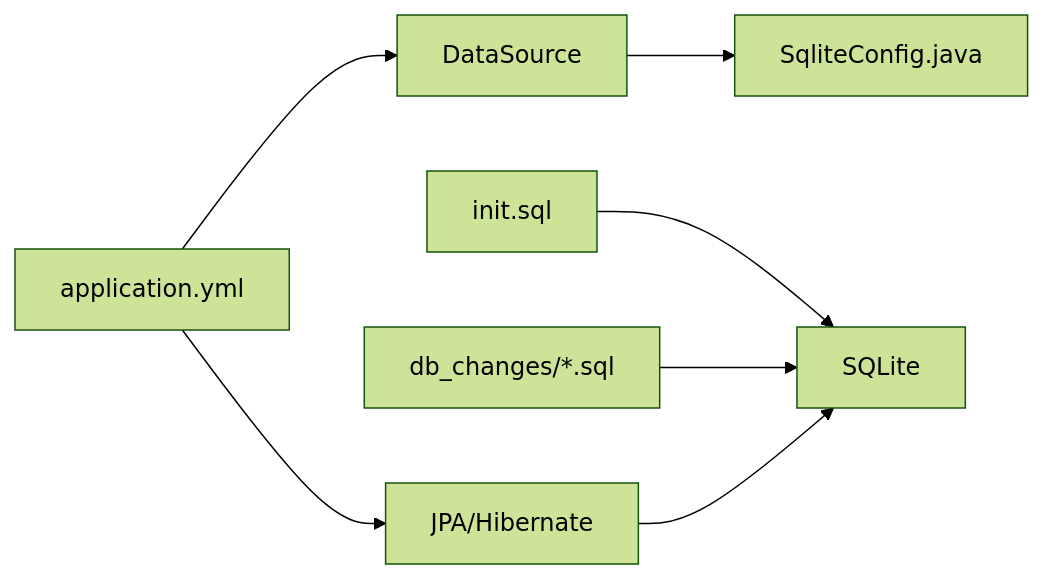
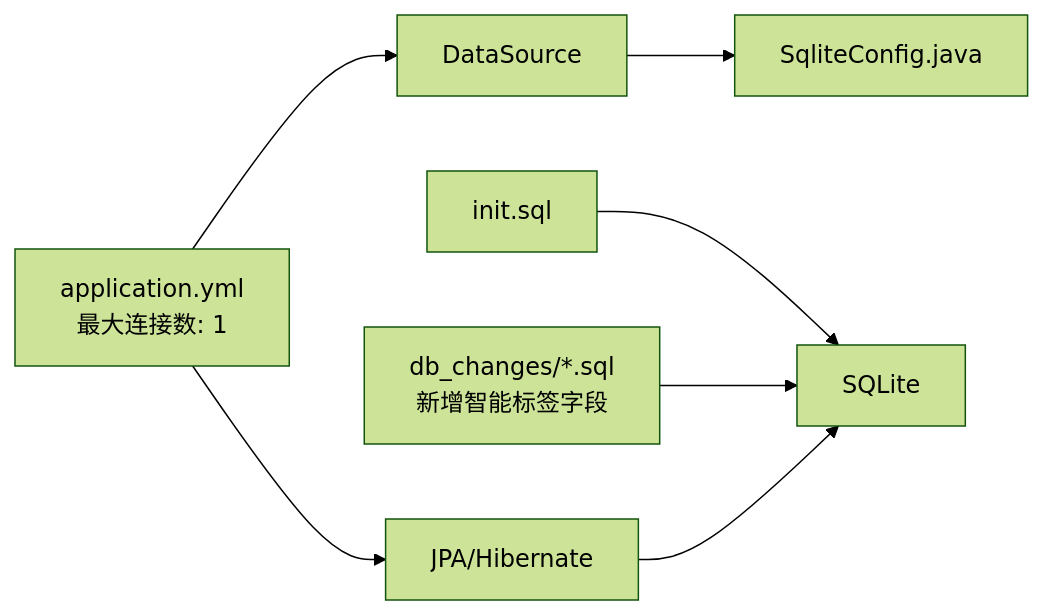
The eighth of 8 diagrams in .qoder/repowiki/zh/content/数据库设计/数据模型设计/数据库架构设计.md (kinke0/ProductList), drawn with Mermaid (forest theme) before and after one commit. The commit also changed other lines of this file and 106 other files, not shown here.

Commit message:
V1.1.0: 修复清单导航树不匹配+统计视图加载遮罩+上下移提示

````diff
--- a/.qoder/repowiki/zh/content/数据库设计/数据模型设计/数据库架构设计.md
+++ b/.qoder/repowiki/zh/content/数据库设计/数据模型设计/数据库架构设计.md
@@ -340,9 +342,9 @@
 ```mermaid
 graph LR
-YML["application.yml"] --> DS["DataSource"]
+YML["application.yml<br/>最大连接数: 1"] --> DS["DataSource"]
 YML --> JPA["JPA/Hibernate"]
 DS --> PRAGMA["SqliteConfig.java"]
 INIT["init.sql"] --> DB["SQLite"]
-CHG["db_changes/*.sql"] --> DB
+CHG["db_changes/*.sql<br/>新增智能标签字段"] --> DB
 JPA --> DB
 ```
````
